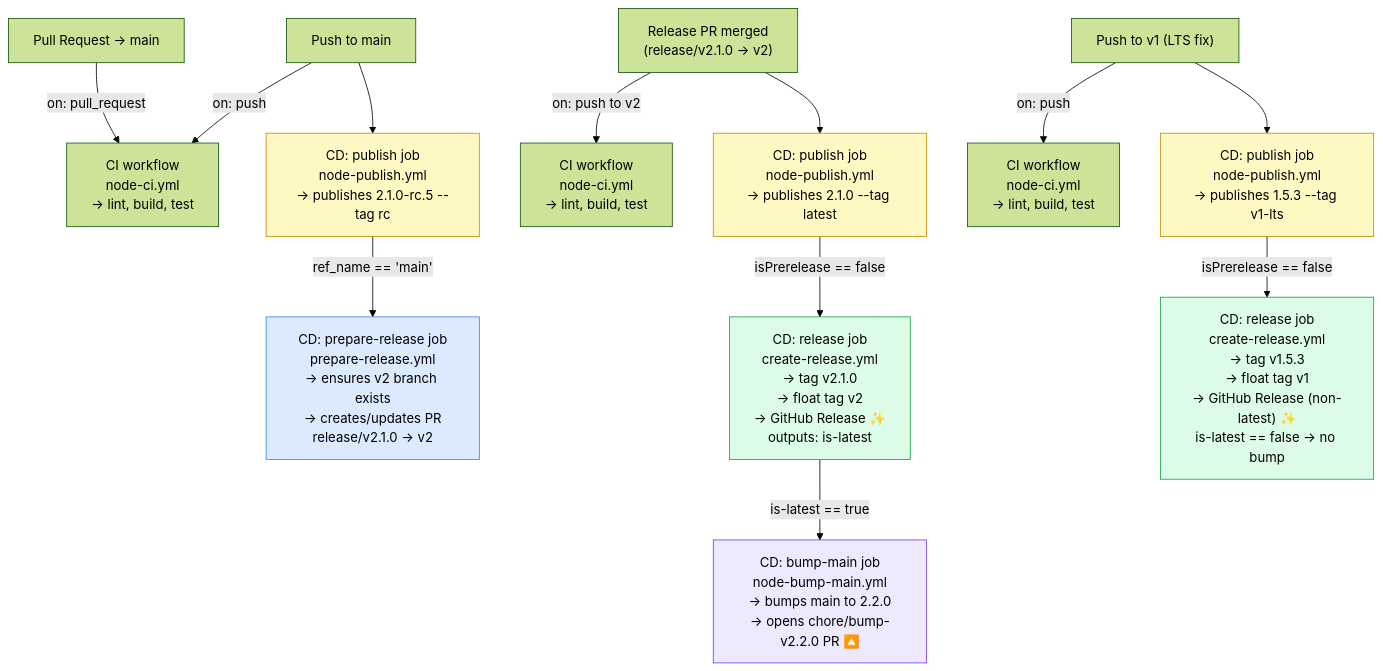
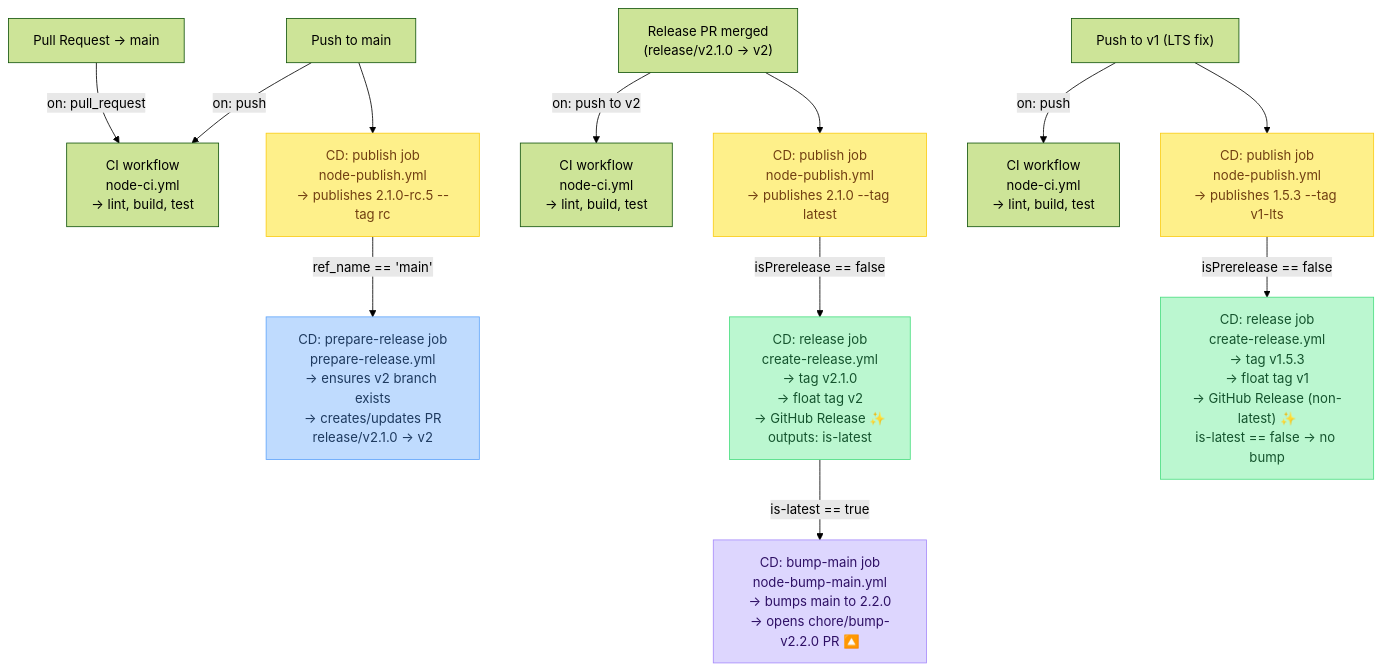
Before and after one commit to sketch7/.github: the diagram in README.md, drawn with Mermaid (forest theme).

Commit message:
docs(readme): update diagram colors to be more readable

````diff
--- a/README.md
+++ b/README.md
@@ -154,41 +154,41 @@
 ```mermaid
 flowchart TD
     PR["Pull Request → main"] -->|on: pull_request| CI
     PUSH_MAIN["Push to main"] -->|on: push| CI
     PUSH_MAIN --> CD_publish
 
     CD_publish["CD: publish job<br/>node-publish.yml<br/>→ publishes 2.1.0-rc.5 --tag rc"]
     CD_publish -->|"ref_name == 'main'"| PrepareRelease
     PrepareRelease["CD: prepare-release job<br/>prepare-release.yml<br/>→ ensures v2 branch exists<br/>→ creates/updates PR<br/>release/v2.1.0 → v2"]
 
     RELEASE_PR["Release PR merged<br/>(release/v2.1.0 → v2)"] -->|on: push to v2| CI2
     RELEASE_PR --> CD_stable
 
     CI["CI workflow<br/>node-ci.yml<br/>→ lint, build, test"]
     CI2["CI workflow<br/>node-ci.yml<br/>→ lint, build, test"]
 
     CD_stable["CD: publish job<br/>node-publish.yml<br/>→ publishes 2.1.0 --tag latest"]
     CD_stable -->|"isPrerelease == false"| CreateRelease
 
     CreateRelease["CD: release job<br/>create-release.yml<br/>→ tag v2.1.0<br/>→ float tag v2<br/>→ GitHub Release ✨<br/>outputs: is-latest"]
     CreateRelease -->|"is-latest == true"| BumpMain
     BumpMain["CD: bump-main job<br/>node-bump-main.yml<br/>→ bumps main to 2.2.0<br/>→ opens chore/bump-v2.2.0 PR 🔼"]
 
     PUSH_LTS["Push to v1 (LTS fix)"] -->|on: push| CI3
     PUSH_LTS --> CD_lts
 
     CI3["CI workflow<br/>node-ci.yml<br/>→ lint, build, test"]
 
     CD_lts["CD: publish job<br/>node-publish.yml<br/>→ publishes 1.5.3 --tag v1-lts"]
     CD_lts -->|"isPrerelease == false"| CreateRelease2
 
     CreateRelease2["CD: release job<br/>create-release.yml<br/>→ tag v1.5.3<br/>→ float tag v1<br/>→ GitHub Release (non-latest) ✨<br/>is-latest == false → no bump"]
 
-    style PrepareRelease fill:#dbeafe,stroke:#3b82f6
-    style CreateRelease fill:#dcfce7,stroke:#16a34a
-    style CreateRelease2 fill:#dcfce7,stroke:#16a34a
-    style BumpMain fill:#ede9fe,stroke:#7c3aed
-    style CD_publish fill:#fef9c3,stroke:#ca8a04
-    style CD_stable fill:#fef9c3,stroke:#ca8a04
-    style CD_lts fill:#fef9c3,stroke:#ca8a04
+    style PrepareRelease fill:#bfdbfe,stroke:#60a5fa,color:#1e3a5f
+    style CreateRelease fill:#bbf7d0,stroke:#4ade80,color:#14532d
+    style CreateRelease2 fill:#bbf7d0,stroke:#4ade80,color:#14532d
+    style BumpMain fill:#ddd6fe,stroke:#a78bfa,color:#2e1065
+    style CD_publish fill:#fef08a,stroke:#facc15,color:#713f12
+    style CD_stable fill:#fef08a,stroke:#facc15,color:#713f12
+    style CD_lts fill:#fef08a,stroke:#facc15,color:#713f12
 ```
````
